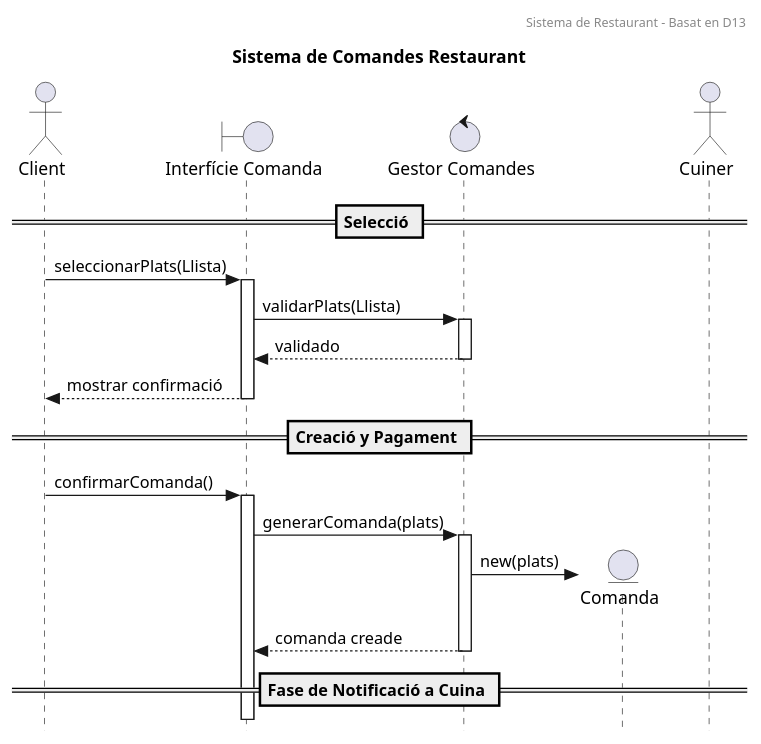
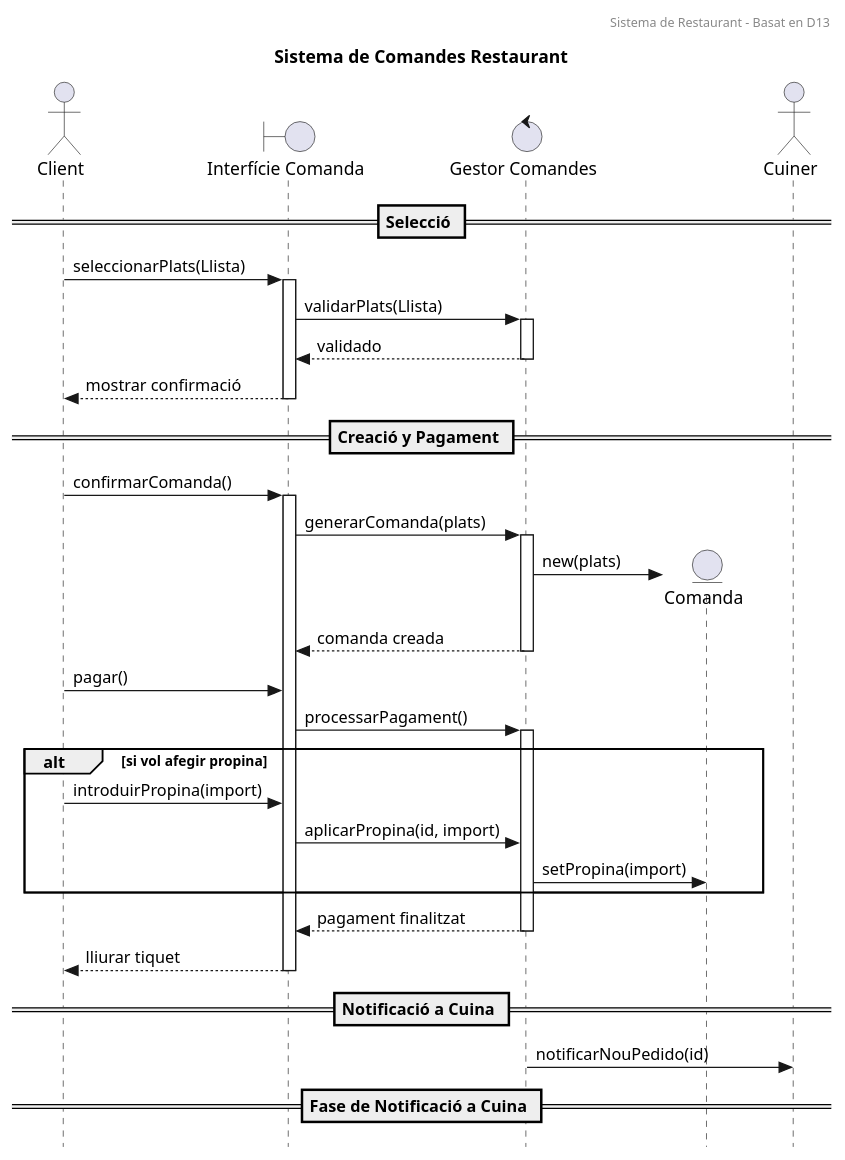
One commit to mihaipentii/Diagramas_Usercase_MP changed the diagram in src/main/kotlin/uml/task5_sequence.puml. Above: the diagram before and after it, drawn with PlantUML.

Commit message:
Ejercicio de sequencia

```diff
--- a/src/main/kotlin/uml/task5_sequence.puml
+++ b/src/main/kotlin/uml/task5_sequence.puml
@@ -1,38 +1,56 @@
 @startuml
 skinparam style strictuml
 header Sistema de Restaurant - Basat en D13
 actor "Client" as C
 boundary "Interfície Comanda" as UI
 control "Gestor Comandes" as GC
 entity "Comanda" as COM
 actor "Cuiner" as K
 
 title Sistema de Comandes Restaurant
 
 == Selecció ==
 C -> UI: seleccionarPlats(Llista)
 activate UI
 UI -> GC: validarPlats(Llista)
 activate GC
 GC --> UI: validado
 deactivate GC
 UI --> C: mostrar confirmació
 deactivate UI
 
 
 == Creació y Pagament ==
 C -> UI: confirmarComanda()
 activate UI
 UI -> GC: generarComanda(plats)
 activate GC
 create COM
 GC -> COM: new(plats)
-GC --> UI: comanda creade
+GC --> UI: comanda creada
 deactivate GC
+
+C -> UI: pagar()
+UI -> GC: processarPagament()
+activate GC
+
+alt si vol afegir propina
+    C -> UI: introduirPropina(import)
+    UI -> GC: aplicarPropina(id, import)
+    GC -> COM: setPropina(import)
+end
+
+GC --> UI: pagament finalitzat
+deactivate GC
+UI --> C: lliurar tiquet
+deactivate UI
+
+== Notificació a Cuina ==
+GC -> K: notificarNouPedido(id)
 
 
 
 
 
 == Fase de Notificació a Cuina ==
 @enduml
```
